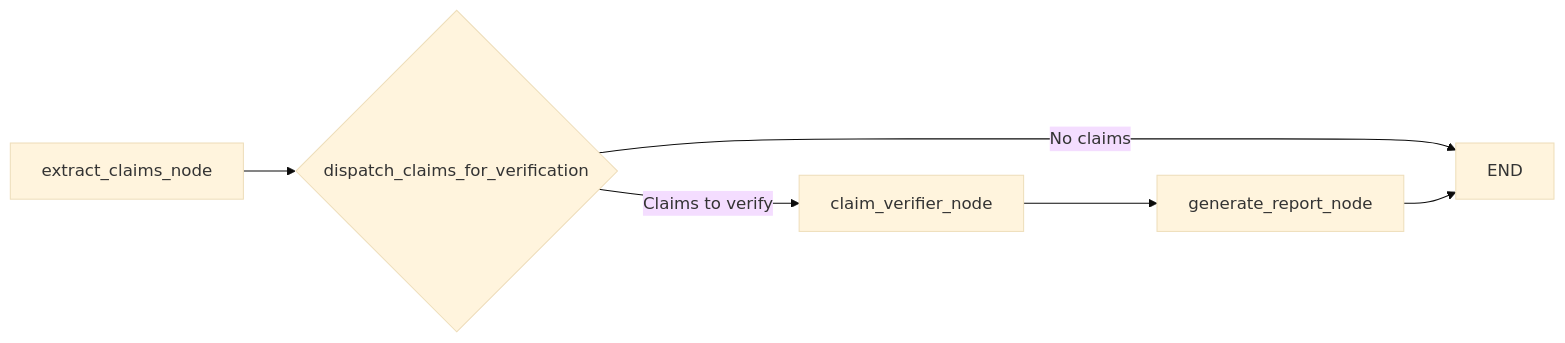
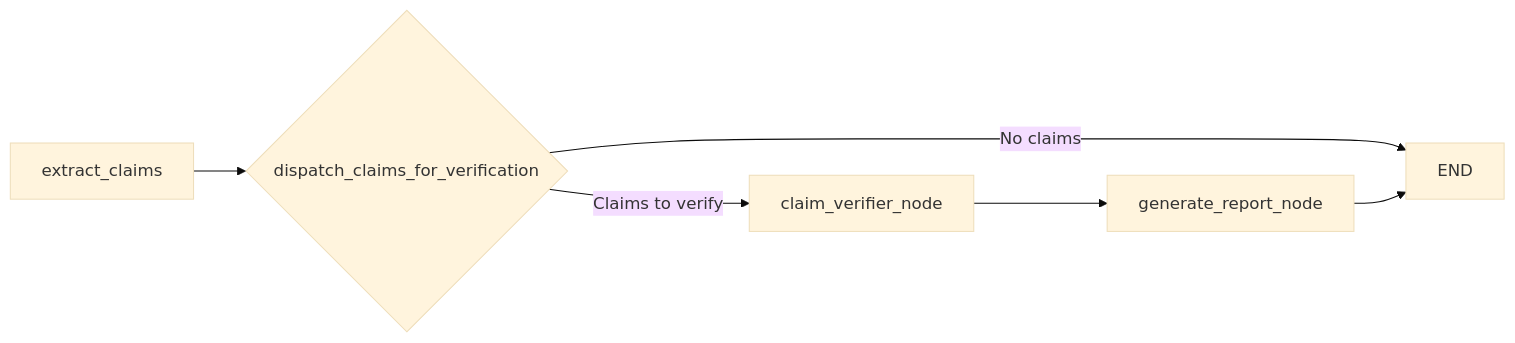
One commit to aic-factcheck/ClaimeAI changed the diagram in apps/agent/fact_checker/README.md. Above: the diagram before and after it, drawn with Mermaid (base theme). The commit also changed other lines of this file and 39 other files, not shown here.

````diff
--- a/apps/agent/fact_checker/README.md
+++ b/apps/agent/fact_checker/README.md
@@ -82,8 +82,8 @@
 ```mermaid
 graph LR
-    A[extract_claims_node] --> B{dispatch_claims_for_verification}
+    A[extract_claims] --> B{dispatch_claims_for_verification}
     B -->|Claims to verify| C[claim_verifier_node]
     B -->|No claims| Z[END]
     C --> D[generate_report_node]
     D --> Z
 ```
````
